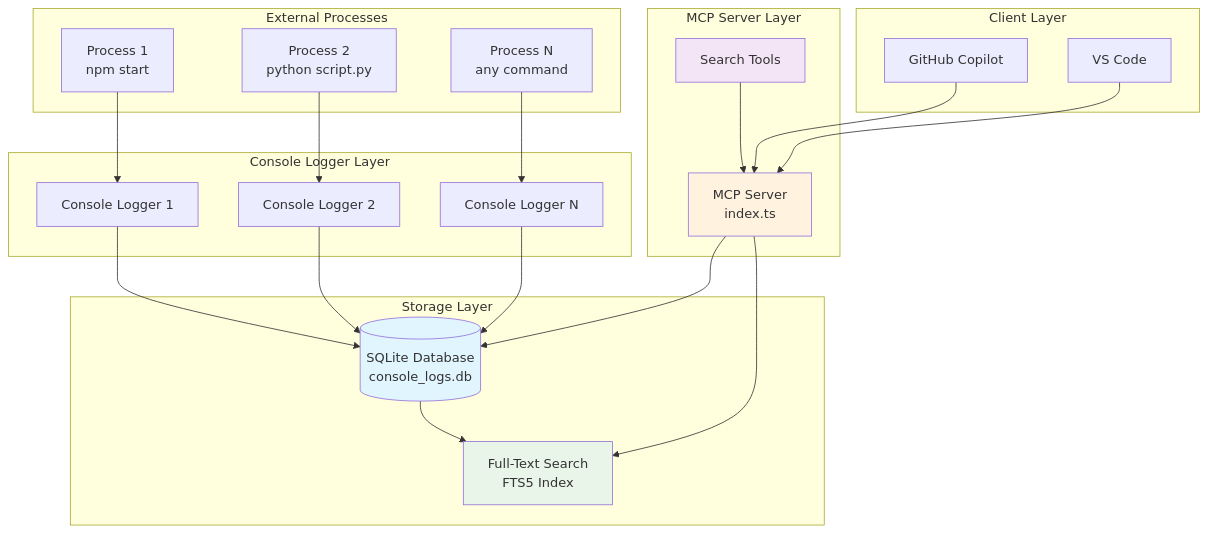
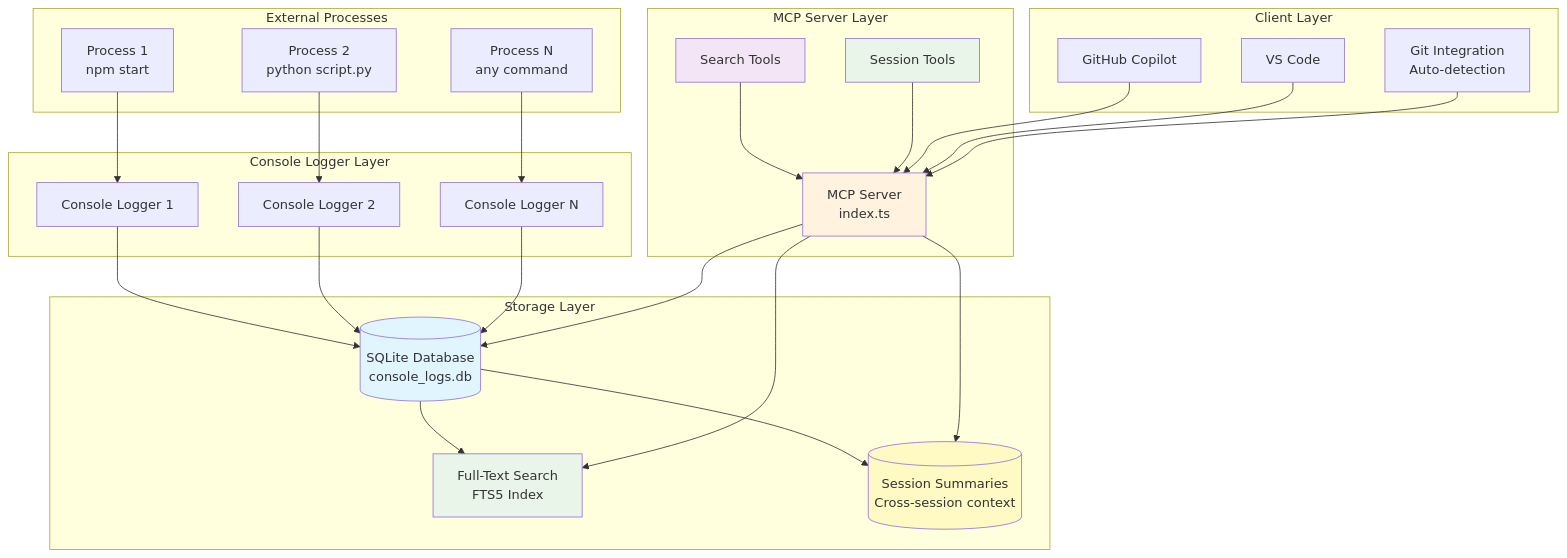
The first of 8 diagrams in DESIGN.md (bvelasquez/console_mcp), drawn with Mermaid before and after one commit. The commit also changed other lines of this file and 6 other files, not shown here.

Commit message:
feat: implement session summary feature with auto-detection and search capabilities

````diff
--- a/DESIGN.md
+++ b/DESIGN.md
@@ -14,51 +15,60 @@
 ```mermaid
 graph TB
     subgraph "External Processes"
         P1[Process 1<br/>npm start]
         P2[Process 2<br/>python script.py]
         P3[Process N<br/>any command]
     end
 
     subgraph "Console Logger Layer"
         CL1[Console Logger 1]
         CL2[Console Logger 2]
         CL3[Console Logger N]
     end
 
     subgraph "Storage Layer"
         DB[(SQLite Database<br/>console_logs.db)]
         FTS[Full-Text Search<br/>FTS5 Index]
+        SS[(Session Summaries<br/>Cross-session context)]
     end
 
     subgraph "MCP Server Layer"
         MCP[MCP Server<br/>index.ts]
         Tools[Search Tools]
+        SessionTools[Session Tools]
     end
 
     subgraph "Client Layer"
         Copilot[GitHub Copilot]
         VSCode[VS Code]
+        Git[Git Integration<br/>Auto-detection]
     end
 
     P1 --> CL1
     P2 --> CL2
     P3 --> CL3
 
     CL1 --> DB
     CL2 --> DB
     CL3 --> DB
 
     DB --> FTS
+    DB --> SS
 
     MCP --> DB
     MCP --> FTS
+    MCP --> SS
     Tools --> MCP
+    SessionTools --> MCP
 
     Copilot --> MCP
     VSCode --> MCP
+    Git --> MCP
 
     style DB fill:#e1f5fe
     style FTS fill:#e8f5e8
+    style SS fill:#fff9c4
     style MCP fill:#fff3e0
     style Tools fill:#f3e5f5
+    style SessionTools fill:#e8f5e8
 ```
````
